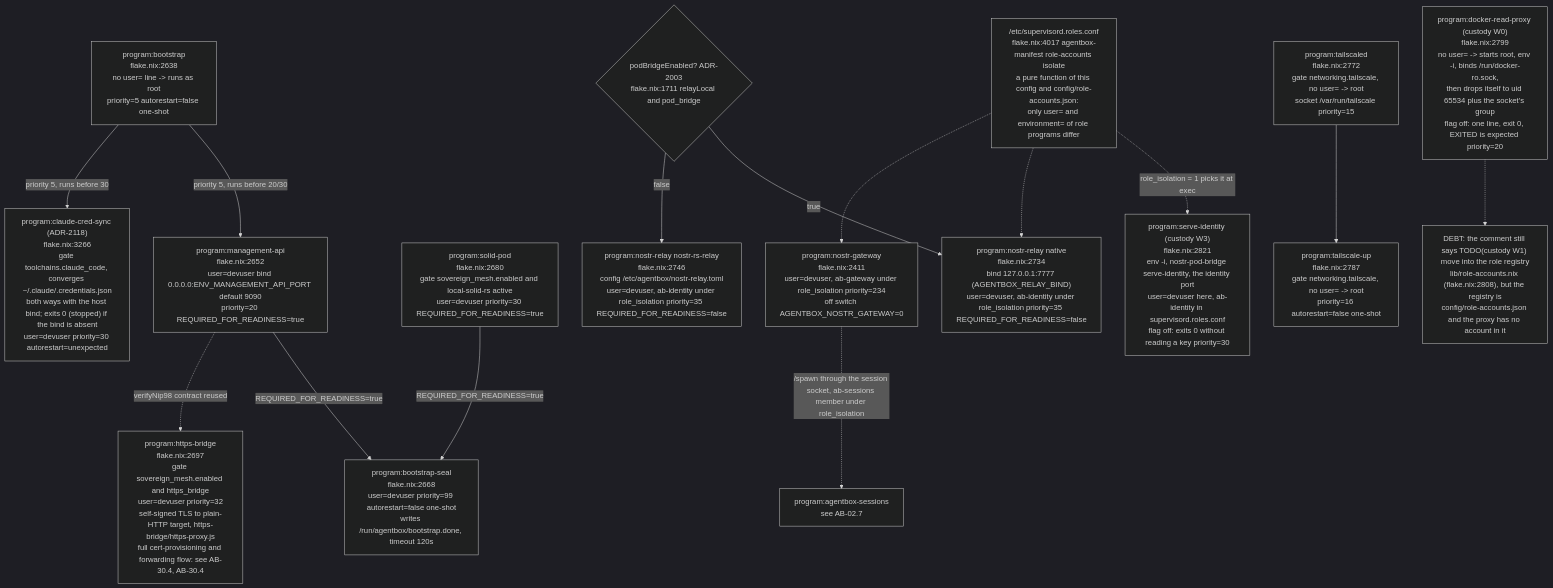
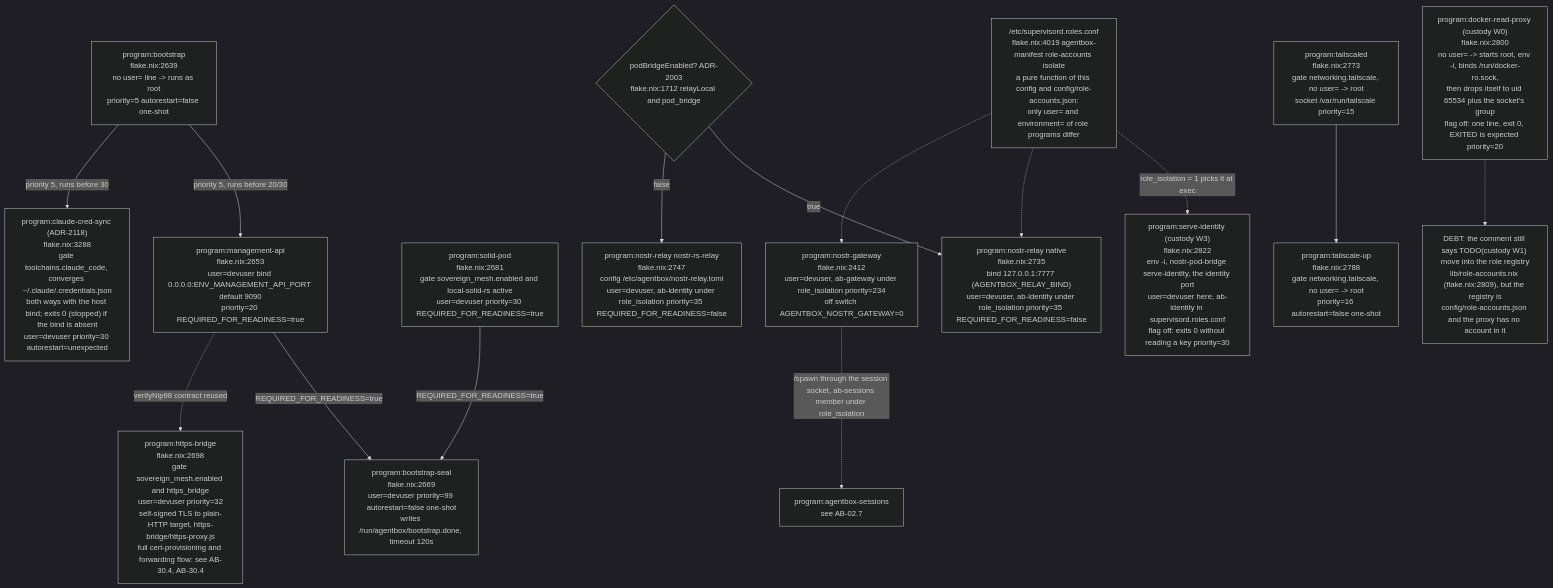
Before and after one commit to DreamLab-AI/VisionFlow: the fourth of 21 diagrams in docs/diagrams/agentbox/02-boot-sequence-and-readiness.md, drawn with Mermaid (dark theme). The commit also changed other lines of this file and 173 other files, not shown here.

````diff
--- a/docs/diagrams/agentbox/02-boot-sequence-and-readiness.md
+++ b/docs/diagrams/agentbox/02-boot-sequence-and-readiness.md
@@ -278,32 +274,32 @@
 ```mermaid
 flowchart TB
-    BOOT["program:bootstrap<br/>flake.nix:2638<br/>no user= line -&gt; runs as root<br/>priority=5 autorestart=false one-shot"]
-    MGMT["program:management-api<br/>flake.nix:2652<br/>user=devuser bind 0.0.0.0:ENV_MANAGEMENT_API_PORT default 9090<br/>priority=20 REQUIRED_FOR_READINESS=true"]
-    CRED["program:claude-cred-sync (ADR-2118)<br/>flake.nix:3266<br/>gate toolchains.claude_code, converges ~/.claude/.credentials.json<br/>both ways with the host bind; exits 0 (stopped) if the bind is absent<br/>user=devuser priority=30 autorestart=unexpected"]
-    SEAL["program:bootstrap-seal<br/>flake.nix:2668<br/>user=devuser priority=99 autorestart=false one-shot<br/>writes /run/agentbox/bootstrap.done, timeout 120s"]
-    SOLID["program:solid-pod<br/>flake.nix:2680<br/>gate sovereign_mesh.enabled and local-solid-rs active<br/>user=devuser priority=30 REQUIRED_FOR_READINESS=true"]
-    HTTPSB["program:https-bridge<br/>flake.nix:2697<br/>gate sovereign_mesh.enabled and https_bridge<br/>user=devuser priority=32<br/>self-signed TLS to plain-HTTP target, https-bridge/https-proxy.js<br/>full cert-provisioning and forwarding flow: see AB-30.4, AB-30.4"]
-    GATERELAY{"podBridgeEnabled? ADR-2003<br/>flake.nix:1711 relayLocal and pod_bridge"}
-    NRELAY1["program:nostr-relay native<br/>flake.nix:2734<br/>bind 127.0.0.1:7777 (AGENTBOX_RELAY_BIND)<br/>user=devuser, ab-identity under role_isolation priority=35 REQUIRED_FOR_READINESS=false"]
-    NRELAY2["program:nostr-relay nostr-rs-relay<br/>flake.nix:2746<br/>config /etc/agentbox/nostr-relay.toml<br/>user=devuser, ab-identity under role_isolation priority=35 REQUIRED_FOR_READINESS=false"]
-    NGW["program:nostr-gateway<br/>flake.nix:2411<br/>user=devuser, ab-gateway under role_isolation priority=234<br/>off switch AGENTBOX_NOSTR_GATEWAY=0"]
-    DRP["program:docker-read-proxy (custody W0)<br/>flake.nix:2799<br/>no user= -&gt; starts root, env -i, binds /run/docker-ro.sock,<br/>then drops itself to uid 65534 plus the socket's group<br/>flag off: one line, exit 0, EXITED is expected priority=20"]
-    SID["program:serve-identity (custody W3)<br/>flake.nix:2821<br/>env -i, nostr-pod-bridge serve-identity, the identity port<br/>user=devuser here, ab-identity in supervisord.roles.conf<br/>flag off: exits 0 without reading a key priority=30"]
-    ISO["/etc/supervisord.roles.conf<br/>flake.nix:4017 agentbox-manifest role-accounts isolate<br/>a pure function of this config and config/role-accounts.json:<br/>only user= and environment= of role programs differ"]
-    TSD["program:tailscaled<br/>flake.nix:2772<br/>gate networking.tailscale, no user= -&gt; root<br/>socket /var/run/tailscale priority=15"]
-    TSU["program:tailscale-up<br/>flake.nix:2787<br/>gate networking.tailscale, no user= -&gt; root<br/>priority=16 autorestart=false one-shot"]
+    BOOT["program:bootstrap<br/>flake.nix:2639<br/>no user= line -&gt; runs as root<br/>priority=5 autorestart=false one-shot"]
+    MGMT["program:management-api<br/>flake.nix:2653<br/>user=devuser bind 0.0.0.0:ENV_MANAGEMENT_API_PORT default 9090<br/>priority=20 REQUIRED_FOR_READINESS=true"]
+    CRED["program:claude-cred-sync (ADR-2118)<br/>flake.nix:3288<br/>gate toolchains.claude_code, converges ~/.claude/.credentials.json<br/>both ways with the host bind; exits 0 (stopped) if the bind is absent<br/>user=devuser priority=30 autorestart=unexpected"]
+    SEAL["program:bootstrap-seal<br/>flake.nix:2669<br/>user=devuser priority=99 autorestart=false one-shot<br/>writes /run/agentbox/bootstrap.done, timeout 120s"]
+    SOLID["program:solid-pod<br/>flake.nix:2681<br/>gate sovereign_mesh.enabled and local-solid-rs active<br/>user=devuser priority=30 REQUIRED_FOR_READINESS=true"]
+    HTTPSB["program:https-bridge<br/>flake.nix:2698<br/>gate sovereign_mesh.enabled and https_bridge<br/>user=devuser priority=32<br/>self-signed TLS to plain-HTTP target, https-bridge/https-proxy.js<br/>full cert-provisioning and forwarding flow: see AB-30.4, AB-30.4"]
+    GATERELAY{"podBridgeEnabled? ADR-2003<br/>flake.nix:1712 relayLocal and pod_bridge"}
+    NRELAY1["program:nostr-relay native<br/>flake.nix:2735<br/>bind 127.0.0.1:7777 (AGENTBOX_RELAY_BIND)<br/>user=devuser, ab-identity under role_isolation priority=35 REQUIRED_FOR_READINESS=false"]
+    NRELAY2["program:nostr-relay nostr-rs-relay<br/>flake.nix:2747<br/>config /etc/agentbox/nostr-relay.toml<br/>user=devuser, ab-identity under role_isolation priority=35 REQUIRED_FOR_READINESS=false"]
+    NGW["program:nostr-gateway<br/>flake.nix:2412<br/>user=devuser, ab-gateway under role_isolation priority=234<br/>off switch AGENTBOX_NOSTR_GATEWAY=0"]
+    DRP["program:docker-read-proxy (custody W0)<br/>flake.nix:2800<br/>no user= -&gt; starts root, env -i, binds /run/docker-ro.sock,<br/>then drops itself to uid 65534 plus the socket's group<br/>flag off: one line, exit 0, EXITED is expected priority=20"]
+    SID["program:serve-identity (custody W3)<br/>flake.nix:2822<br/>env -i, nostr-pod-bridge serve-identity, the identity port<br/>user=devuser here, ab-identity in supervisord.roles.conf<br/>flag off: exits 0 without reading a key priority=30"]
+    ISO["/etc/supervisord.roles.conf<br/>flake.nix:4019 agentbox-manifest role-accounts isolate<br/>a pure function of this config and config/role-accounts.json:<br/>only user= and environment= of role programs differ"]
+    TSD["program:tailscaled<br/>flake.nix:2773<br/>gate networking.tailscale, no user= -&gt; root<br/>socket /var/run/tailscale priority=15"]
+    TSU["program:tailscale-up<br/>flake.nix:2788<br/>gate networking.tailscale, no user= -&gt; root<br/>priority=16 autorestart=false one-shot"]
 
     BOOT -->|"priority 5, runs before 20/30"| MGMT
     BOOT -->|"priority 5, runs before 30"| CRED
     MGMT -->|"REQUIRED_FOR_READINESS=true"| SEAL
     SOLID -->|"REQUIRED_FOR_READINESS=true"| SEAL
     GATERELAY -->|true| NRELAY1
     GATERELAY -->|false| NRELAY2
     MGMT -.->|"verifyNip98 contract reused"| HTTPSB
     TSD --> TSU
     NGW -.->|"/spawn through the session socket, ab-sessions member under role_isolation"| SESSREF["program:agentbox-sessions<br/>see AB-02.7"]
     ISO -.->|"role_isolation = 1 picks it at exec"| SID
     ISO -.-> NRELAY1
     ISO -.-> NGW
-    DRP -.-> N1["DEBT: the comment still says TODO(custody W1) move into the role registry<br/>lib/role-accounts.nix (flake.nix:2808), but the registry is<br/>config/role-accounts.json and the proxy has no account in it"]
+    DRP -.-> N1["DEBT: the comment still says TODO(custody W1) move into the role registry<br/>lib/role-accounts.nix (flake.nix:2809), but the registry is<br/>config/role-accounts.json and the proxy has no account in it"]
 ```
````
